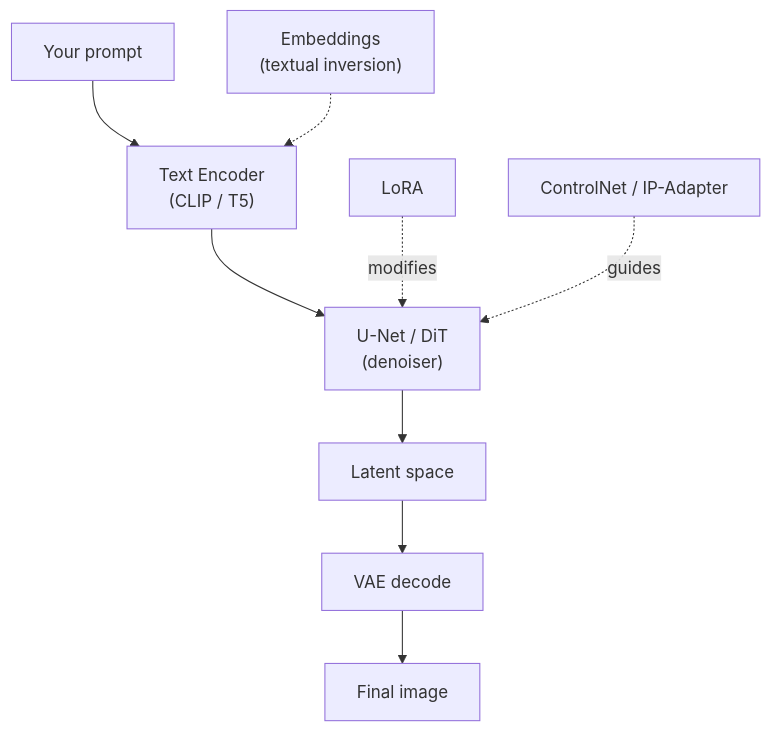
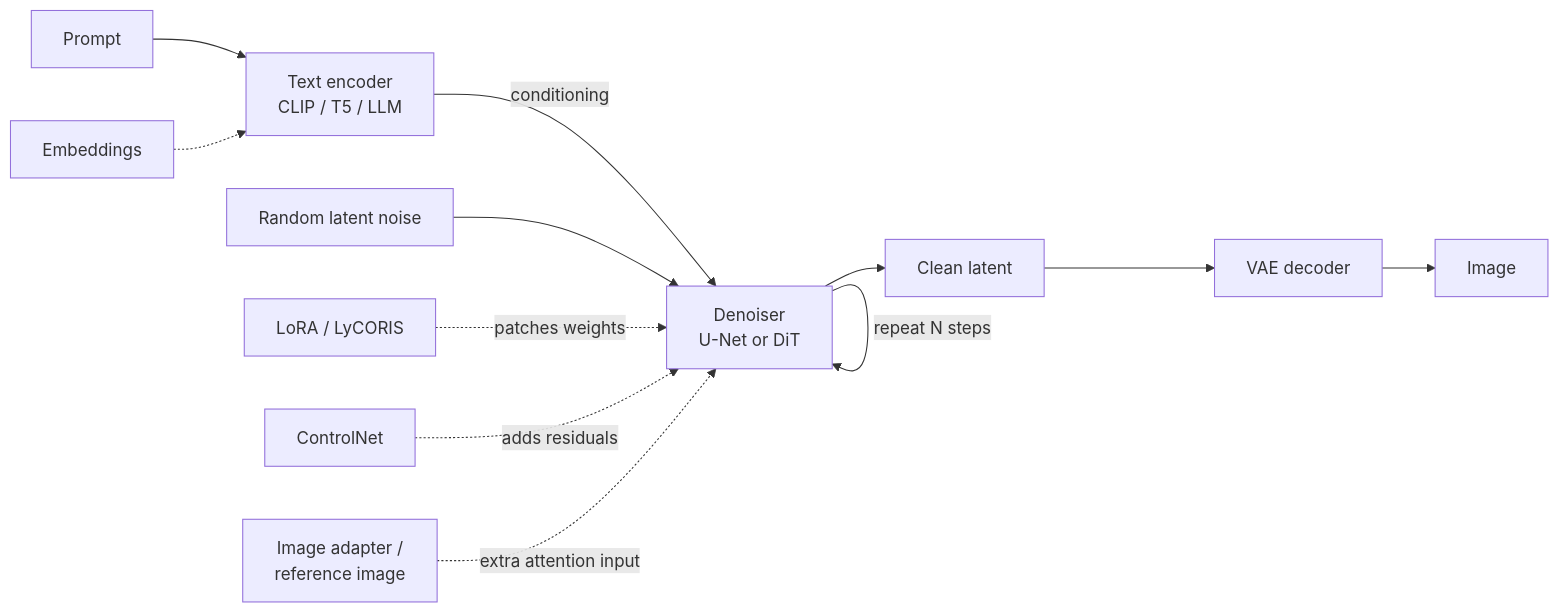
One commit to AndrewAltimit/Documentation changed the first of 2 diagrams in github-pages/docs/ai-ml/model-types.md. Above: the diagram before and after it, drawn with Mermaid. The commit also changed other lines of this file and 240 other files, not shown here.

````diff
--- a/github-pages/docs/ai-ml/model-types.md
+++ b/github-pages/docs/ai-ml/model-types.md
@@ -48,11 +34,14 @@
 ```mermaid
-flowchart TD
-    Prompt["Your prompt"] --> TE["Text Encoder<br/>(CLIP / T5)"]
-    Embed["Embeddings<br/>(textual inversion)"] -.-> TE
-    TE --> UNet["U-Net / DiT<br/>(denoiser)"]
-    LoRA["LoRA"] -.modifies.-> UNet
-    CN["ControlNet / IP-Adapter"] -.guides.-> UNet
-    UNet --> Latent["Latent space"]
-    Latent --> VAE["VAE decode"]
-    VAE --> Image["Final image"]
+flowchart LR
+    Prompt["Prompt"] --> TE["Text encoder<br/>CLIP / T5 / LLM"]
+    Emb["Embeddings"] -.-> TE
+    TE -->|conditioning| Den["Denoiser<br/>U-Net or DiT"]
+    Noise["Random latent noise"] --> Den
+    Den -->|"repeat N steps"| Den
+    LoRA["LoRA / LyCORIS"] -.->|"patches weights"| Den
+    Ctrl["ControlNet"] -.->|"adds residuals"| Den
+    IPA["Image adapter /<br/>reference image"] -.->|"extra attention input"| Den
+    Den --> Lat["Clean latent"]
+    Lat --> VAE["VAE decoder"]
+    VAE --> Img["Image"]
 ```
````
